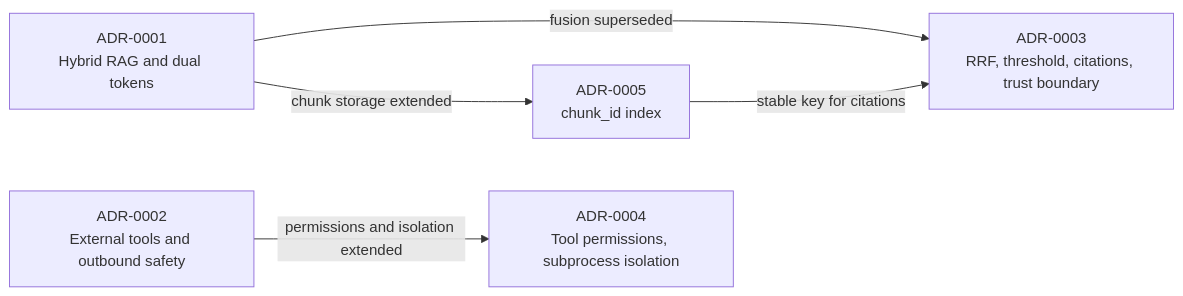
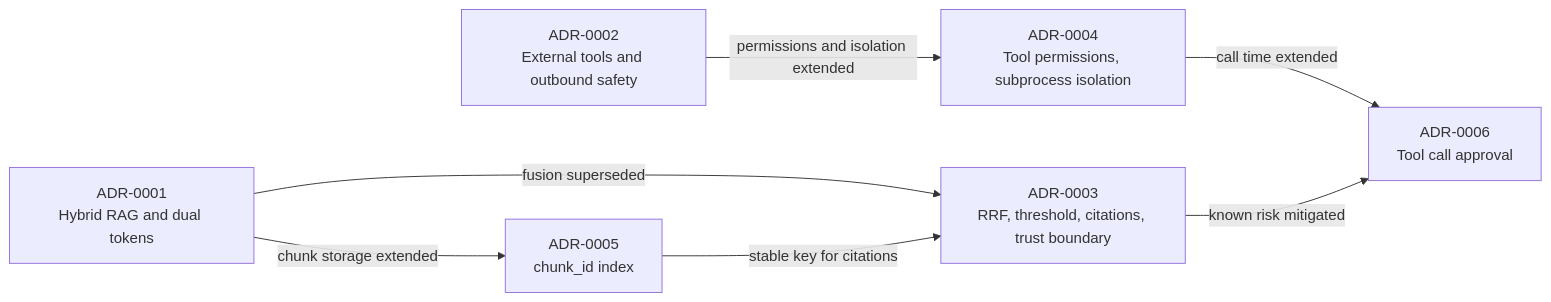
Before and after one commit to Scorpio-meow/AskMiao: the diagram in docs/adr/README_en.md, drawn with Mermaid. The commit also changed other lines of this file and 84 other files, not shown here.

````diff
--- a/docs/adr/README_en.md
+++ b/docs/adr/README_en.md
@@ -19,7 +20,9 @@
 ```mermaid
 flowchart LR
     A1["ADR-0001<br/>Hybrid RAG and dual tokens"] -->|fusion superseded| A3["ADR-0003<br/>RRF, threshold, citations, trust boundary"]
     A1 -->|chunk storage extended| A5["ADR-0005<br/>chunk_id index"]
     A5 -->|stable key for citations| A3
     A2["ADR-0002<br/>External tools and outbound safety"] -->|permissions and isolation extended| A4["ADR-0004<br/>Tool permissions, subprocess isolation"]
+    A4 -->|call time extended| A6["ADR-0006<br/>Tool call approval"]
+    A3 -->|known risk mitigated| A6
 ```
````
